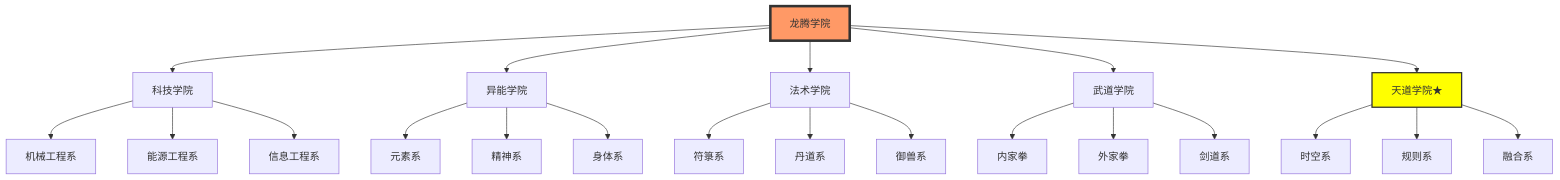
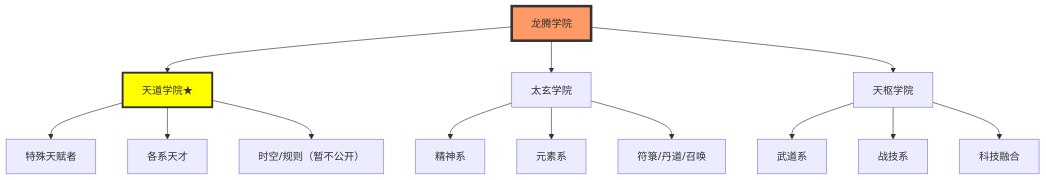
The second of 9 diagrams in skills/dynamic-multi-agent-system/docs/VISUAL-DIAGRAMS.md (wzhgfwy001/yuanshen), drawn with Mermaid before and after one commit. The commit also changed other lines of this file and 2 other files, not shown here.

Commit message:
docs: 更新学院体系 - 三学院（天道/太玄/天枢）

````diff
--- a/skills/dynamic-multi-agent-system/docs/VISUAL-DIAGRAMS.md
+++ b/skills/dynamic-multi-agent-system/docs/VISUAL-DIAGRAMS.md
@@ -44,31 +44,21 @@
 ```mermaid
 graph TB
-    A[龙腾学院] --> B[科技学院]
-    A --> C[异能学院]
-    A --> D[法术学院]
-    A --> E[武道学院]
-    A --> F[天道学院★]
+    A[龙腾学院] --> B[天道学院★]
+    A --> C[太玄学院]
+    A --> D[天枢学院]
     
-    B --> B1[机械工程系]
-    B --> B2[能源工程系]
-    B --> B3[信息工程系]
+    B --> B1[特殊天赋者]
+    B --> B2[各系天才]
+    B --> B3[时空/规则（暂不公开）]
     
-    C --> C1[元素系]
-    C --> C2[精神系]
-    C --> C3[身体系]
+    C --> C1[精神系]
+    C --> C2[元素系]
+    C --> C3[符箓/丹道/召唤]
     
-    D --> D1[符箓系]
-    D --> D2[丹道系]
-    D --> D3[御兽系]
-    
-    E --> E1[内家拳]
-    E --> E2[外家拳]
-    E --> E3[剑道系]
-    
-    F --> F1[时空系]
-    F --> F2[规则系]
-    F --> F3[融合系]
+    D --> D1[武道系]
+    D --> D2[战技系]
+    D --> D3[科技融合]
     
     style A fill:#f96,stroke:#333,stroke-width:4px
-    style F fill:#ff0,stroke:#333,stroke-width:2px
+    style B fill:#ff0,stroke:#333,stroke-width:3px
 ```
````
